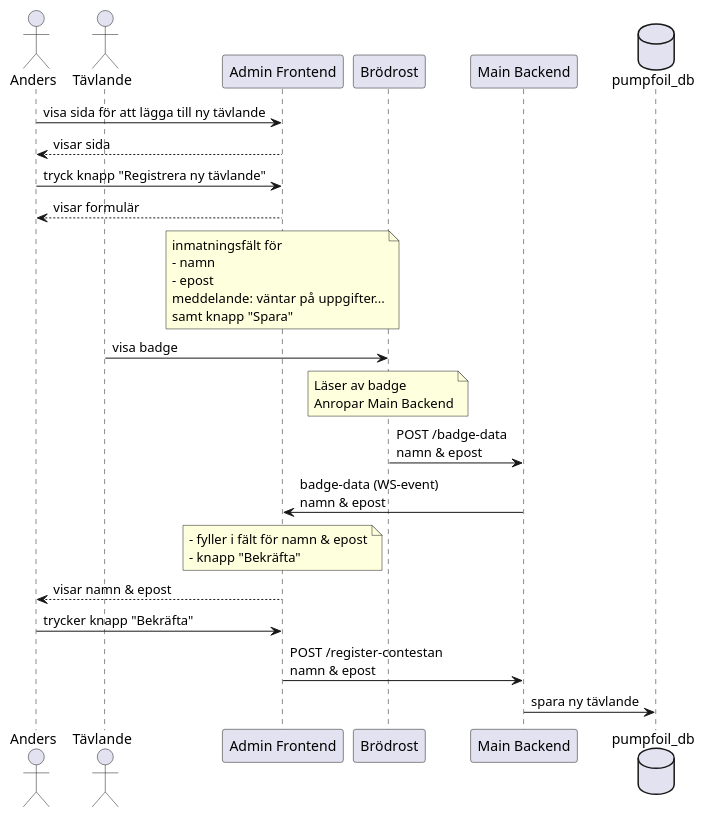
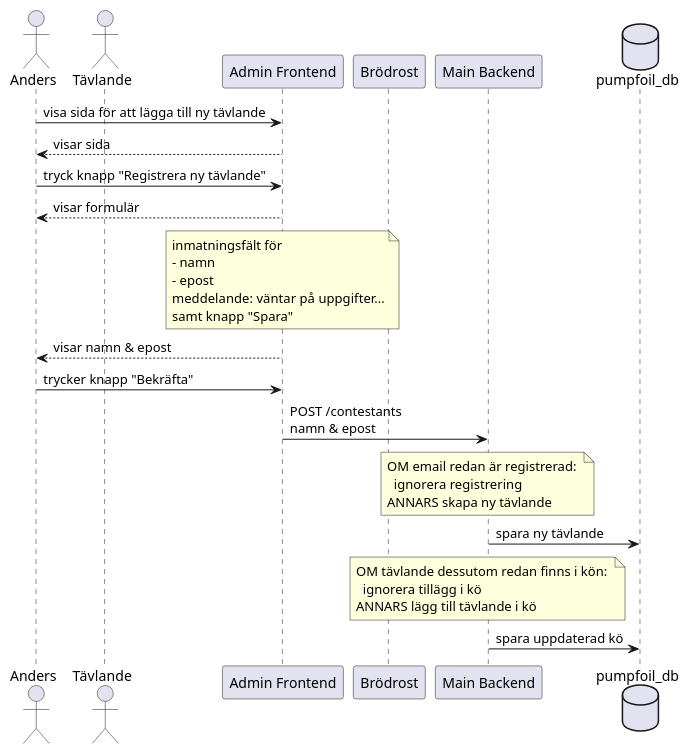
Before and after one commit to CAG-Contactor/pump-foil-game: the third of 8 diagrams in doc/SPEC.md, drawn with PlantUML. The commit also changed other lines of this file and 1 other file, not shown here.

````diff
--- a/doc/SPEC.md
+++ b/doc/SPEC.md
@@ -95,36 +95,35 @@
 ```plantuml
 actor Anders
 actor Tävlande
 participant "Admin Frontend" as adminfe
 participant Brödrost
 participant "Main Backend" as mainbe
 database pumpfoil_db
 
 Anders -> adminfe: visa sida för att lägga till ny tävlande
 Anders <-- adminfe: visar sida
 Anders -> adminfe: tryck knapp "Registrera ny tävlande"
 Anders <-- adminfe: visar formulär
 note over adminfe
   inmatningsfält för
   - namn
   - epost
   meddelande: väntar på uppgifter...
   samt knapp "Spara"
 endnote
-Tävlande -> Brödrost: visa badge
-note over Brödrost
-  Läser av badge
-  Anropar Main Backend
-endnote
-Brödrost -> mainbe: POST /badge-data\nnamn & epost
-mainbe -> adminfe: badge-data (WS-event)\nnamn & epost
-note over adminfe
-  - fyller i fält för namn & epost
-  - knapp "Bekräfta"
-endnote  
 adminfe --> Anders: visar namn & epost
 Anders -> adminfe: trycker knapp "Bekräfta"
-adminfe -> mainbe: POST /register-contestan\nnamn & epost  
+adminfe -> mainbe: POST /contestants\nnamn & epost  
+note over mainbe
+  OM email redan är registrerad: 
+    ignorera registrering
+  ANNARS skapa ny tävlande
+endnote
 mainbe -> pumpfoil_db: spara ny tävlande
-
+note over mainbe
+  OM tävlande dessutom redan finns i kön: 
+    ignorera tillägg i kö
+  ANNARS lägg till tävlande i kö 
+endnote
+mainbe -> pumpfoil_db: spara uppdaterad kö
 ```
````
